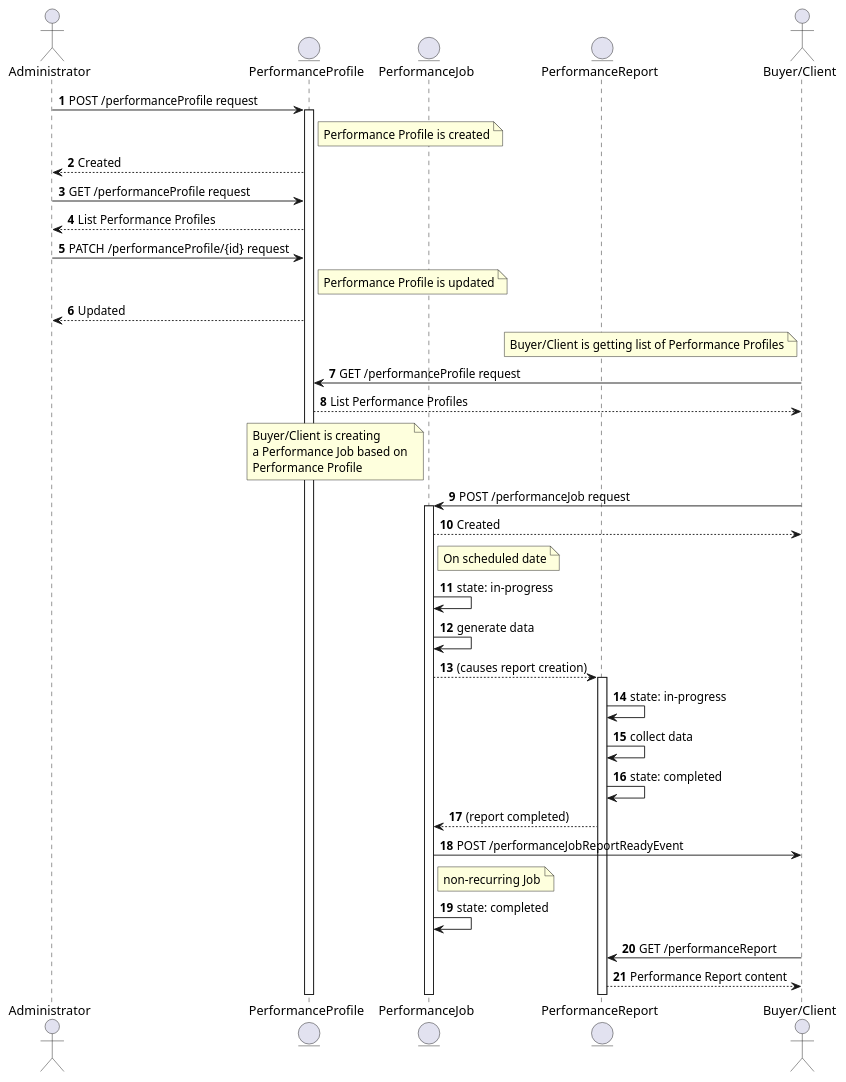
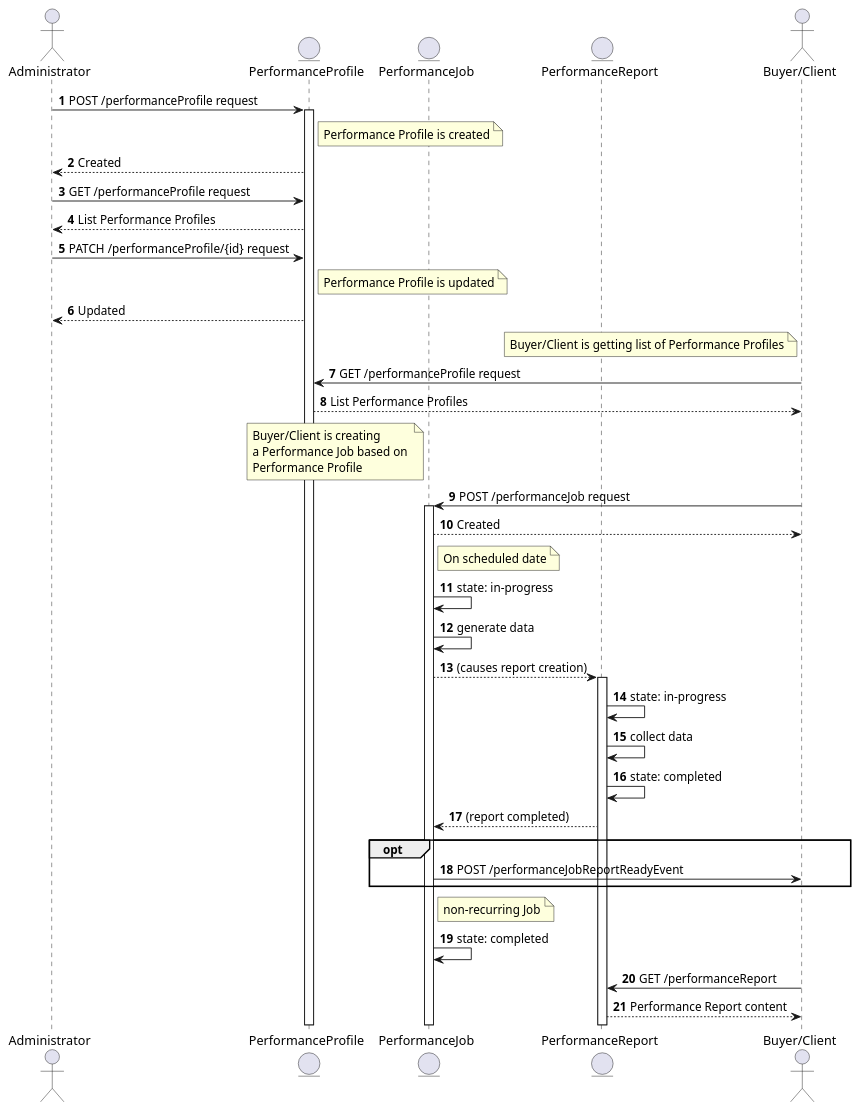
One commit to MEF-GIT/MEF-LSO-Legato-SDK changed the diagram in documentation/serviceApi/pm/performance/media/src/pmEntities.puml. Above: the diagram before and after it, drawn with PlantUML. The commit also changed 99 other files, not shown here.

```diff
--- a/documentation/serviceApi/pm/performance/media/src/pmEntities.puml
+++ b/documentation/serviceApi/pm/performance/media/src/pmEntities.puml
@@ -1,61 +1,63 @@
 @startuml pmEntities
 autonumber
 
 actor "Administrator" as A
 
 entity PerformanceProfile as PP
 
 entity PerformanceJob as PJ
 entity PerformanceReport as PR
 
 actor "Buyer/Client" as B
 
 A -> PP: POST /performanceProfile request
 activate PP
 note right of PP: Performance Profile is created 
 PP --> A: Created
 
 A -> PP: GET /performanceProfile request
 PP --> A: List Performance Profiles
 
 A -> PP: PATCH /performanceProfile/{id} request
 note right of PP: Performance Profile is updated
 PP --> A: Updated
 
 note left of B: Buyer/Client is getting list of Performance Profiles
 B -> PP: GET /performanceProfile request
 
 PP --> B: List Performance Profiles
 
 note left of PJ: Buyer/Client is creating \na Performance Job based on \nPerformance Profile
 B -> PJ: POST /performanceJob request
 activate PJ
 PJ --> B: Created
 
 note right of PJ: On scheduled date
 
 PJ -> PJ: state: in-progress
 
 PJ -> PJ: generate data
 
 PJ --> PR: (causes report creation)
 
 activate PR
 
 PR -> PR: state: in-progress
 
 PR -> PR: collect data
 
 PR -> PR: state: completed
 
 PR --> PJ: (report completed)
 
-PJ -> B: POST /performanceJobReportReadyEvent
+opt
+    PJ -> B: POST /performanceJobReportReadyEvent
+end
 
 note right of PJ: non-recurring Job
 PJ -> PJ: state: completed
 
 B -> PR: GET /performanceReport
 PR --> B: Performance Report content
 
 @enduml
```
